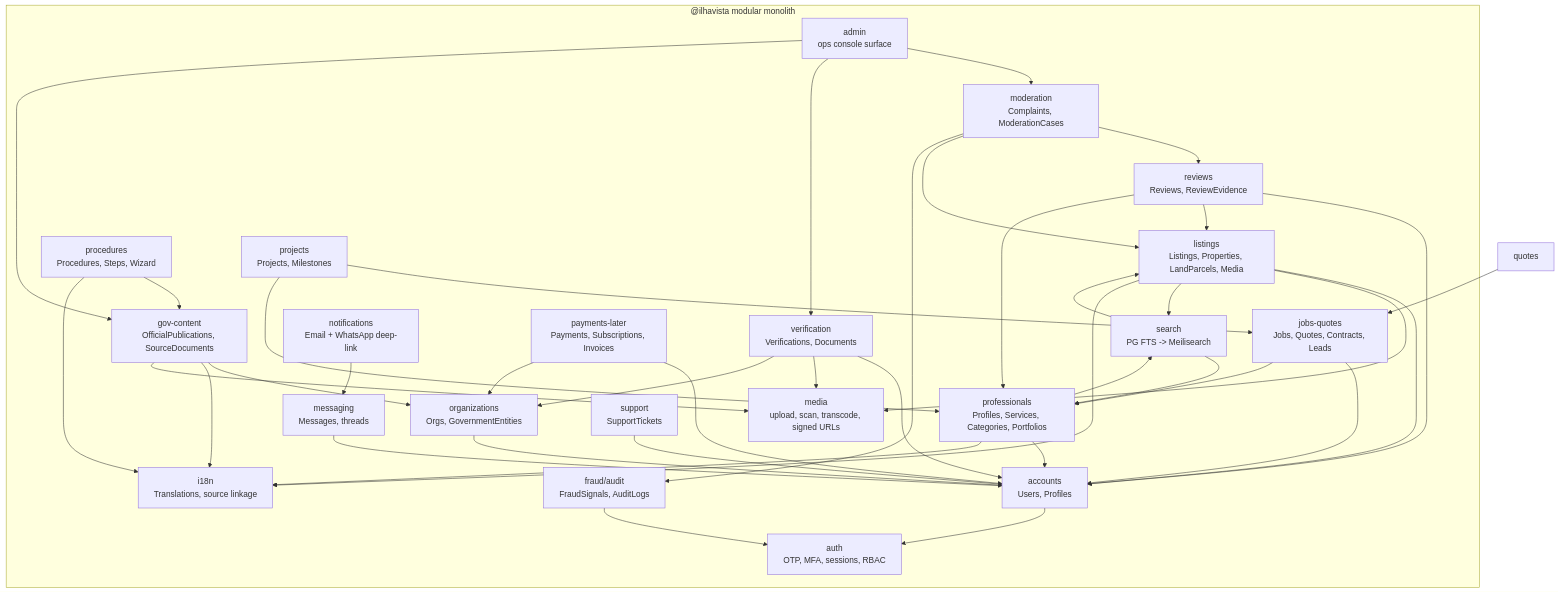
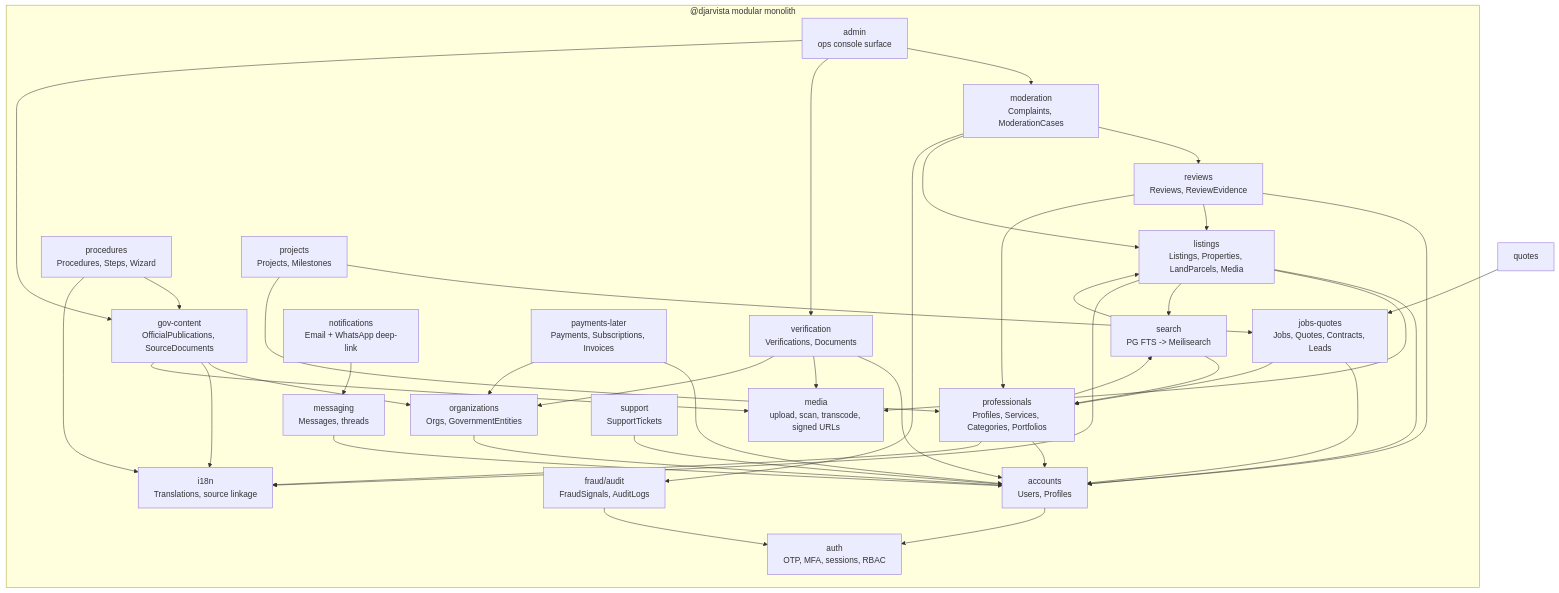
Before and after one commit to Studio-Goud/CapeVerdeMobilia: the fourth of 9 diagrams in docs/10-technical-architecture.md, drawn with Mermaid. The commit also changed other lines of this file and 86 other files, not shown here.

First line of the commit message:
Rebrand: Ilhavista → Djarvista across docs, code, seed and demo

````diff
--- a/docs/10-technical-architecture.md
+++ b/docs/10-technical-architecture.md
@@ -238,66 +238,66 @@
 ```mermaid
 graph TB
-    subgraph Platform["@ilhavista modular monolith"]
+    subgraph Platform["@djarvista modular monolith"]
         auth[auth<br/>OTP, MFA, sessions, RBAC]
         accounts[accounts<br/>Users, Profiles]
         orgs[organizations<br/>Orgs, GovernmentEntities]
         listings[listings<br/>Listings, Properties, LandParcels, Media]
         pros[professionals<br/>Profiles, Services, Categories, Portfolios]
         reviews[reviews<br/>Reviews, ReviewEvidence]
         verification[verification<br/>Verifications, Documents]
         gov[gov-content<br/>OfficialPublications, SourceDocuments]
         procedures[procedures<br/>Procedures, Steps, Wizard]
         jobs[jobs-quotes<br/>Jobs, Quotes, Contracts, Leads]
         projects[projects<br/>Projects, Milestones]
         messaging[messaging<br/>Messages, threads]
         notifications[notifications<br/>Email + WhatsApp deep-link]
         moderation[moderation<br/>Complaints, ModerationCases]
         payments[payments-later<br/>Payments, Subscriptions, Invoices]
         search[search<br/>PG FTS -> Meilisearch]
         media[media<br/>upload, scan, transcode, signed URLs]
         i18n[i18n<br/>Translations, source linkage]
         admin[admin<br/>ops console surface]
         fraud[fraud/audit<br/>FraudSignals, AuditLogs]
         support[support<br/>SupportTickets]
     end
 
     accounts --> auth
     orgs --> accounts
     listings --> accounts
     listings --> media
     listings --> search
     listings --> i18n
     pros --> accounts
     pros --> search
     pros --> i18n
     reviews --> accounts
     reviews --> listings
     reviews --> pros
     verification --> accounts
     verification --> media
     verification --> orgs
     gov --> orgs
     gov --> i18n
     gov --> media
     procedures --> gov
     procedures --> i18n
     jobs --> accounts
     jobs --> pros
     quotes[quotes] --> jobs
     projects --> jobs
     projects --> pros
     messaging --> accounts
     notifications --> messaging
     moderation --> reviews
     moderation --> listings
     moderation --> fraud
     payments --> accounts
     payments --> orgs
     search --> listings
     search --> pros
     admin --> moderation
     admin --> verification
     admin --> gov
     support --> accounts
     fraud --> auth
 ```
````
